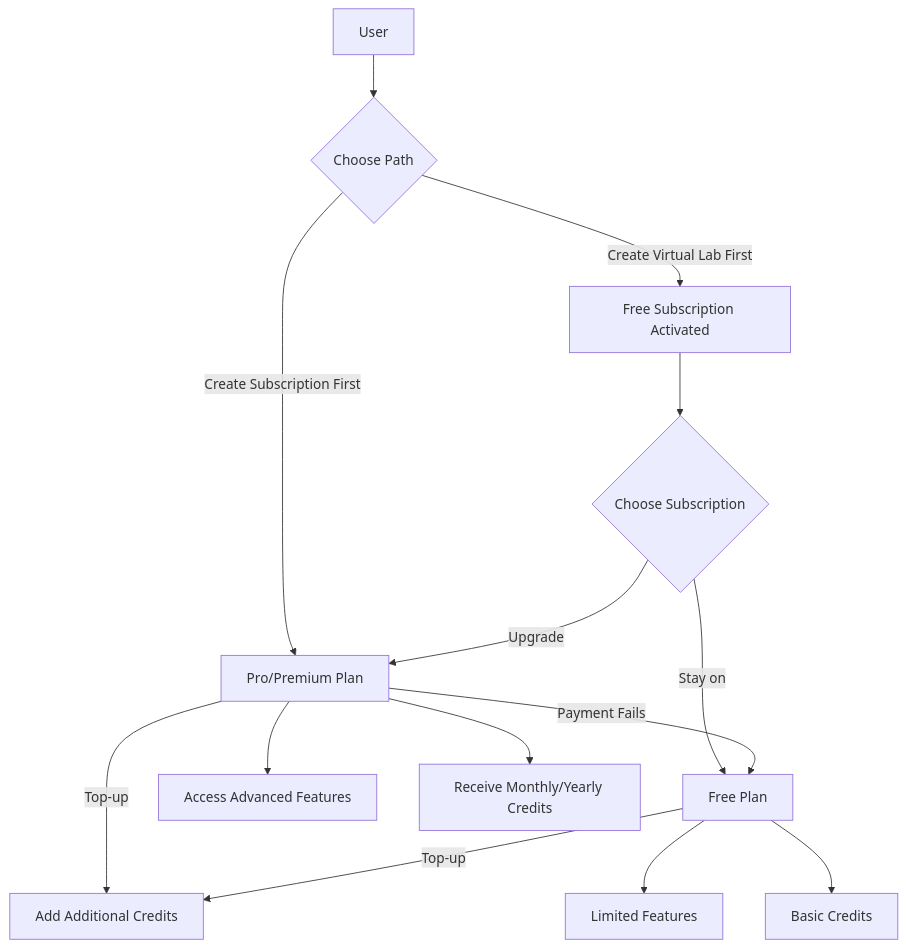
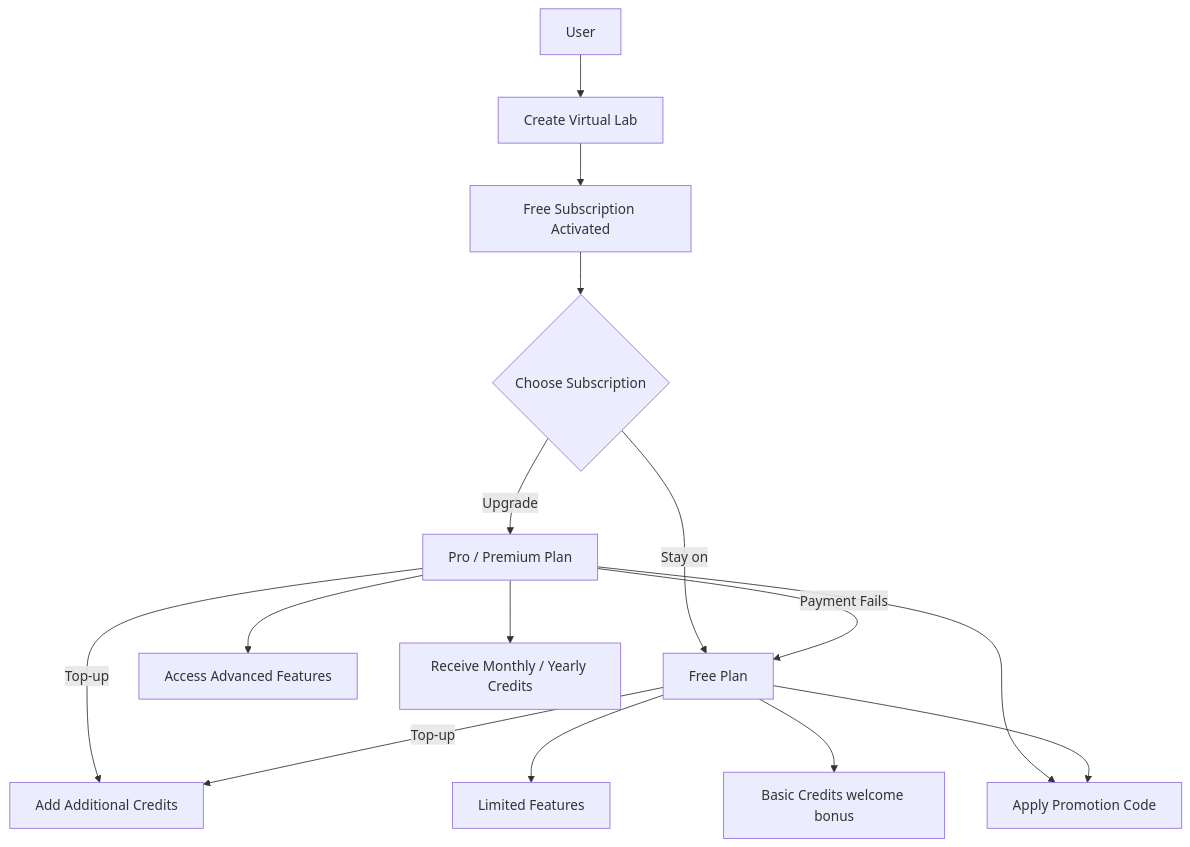
One commit to openbraininstitute/virtual-lab-api changed the first of 8 diagrams in SUBSCRIPTION.md. Above: the diagram before and after it, drawn with Mermaid. The commit also changed other lines of this file and 1 other file, not shown here.

Commit message:
chore: update readme and subscription documentation

````diff
--- a/SUBSCRIPTION.md
+++ b/SUBSCRIPTION.md
@@ -7,16 +7,17 @@
 ```mermaid
 graph TD
-    A[User] --> B{Choose Path}
-    B -->|Create Virtual Lab First| C[Free Subscription Activated]
-    B -->|Create Subscription First| D[Pro/Premium Plan]
-    C --> E{Choose Subscription}
-    E -->|Upgrade| D
-    E -->|Stay on| F[Free Plan]
+    A[User] --> C[Create Virtual Lab]
+    C --> F[Free Subscription Activated]
+    F --> E{Choose Subscription}
+    E -->|Upgrade| D[Pro / Premium Plan]
+    E -->|Stay on| F2[Free Plan]
     D --> G[Access Advanced Features]
-    D --> H[Receive Monthly/Yearly Credits]
-    F --> I[Limited Features]
-    F --> J[Basic Credits]
+    D --> H[Receive Monthly / Yearly Credits]
+    F2 --> I[Limited Features]
+    F2 --> J[Basic Credits welcome bonus]
     D -->|Top-up| K[Add Additional Credits]
-    F -->|Top-up| K
-    D -->|Payment Fails| F
+    F2 -->|Top-up| K
+    D -->|Payment Fails| F2
+    D --> Q[Apply Promotion Code]
+    F2 --> Q
 ```
````
